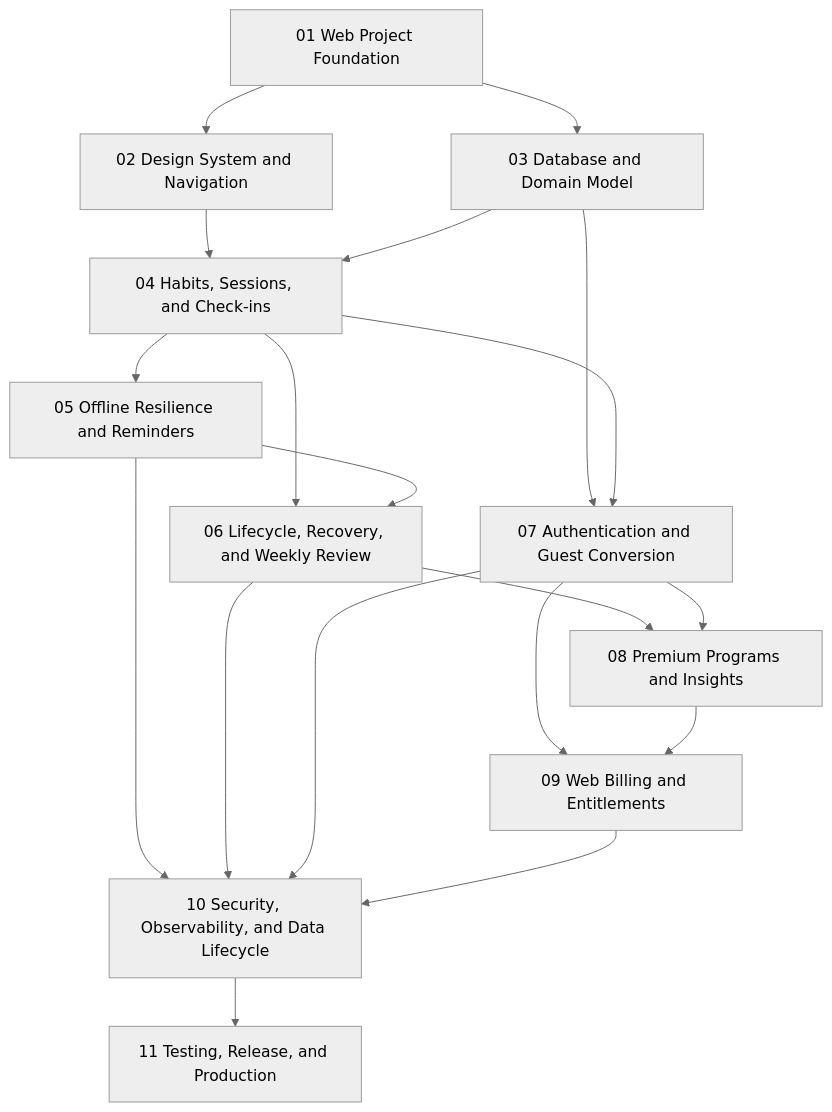
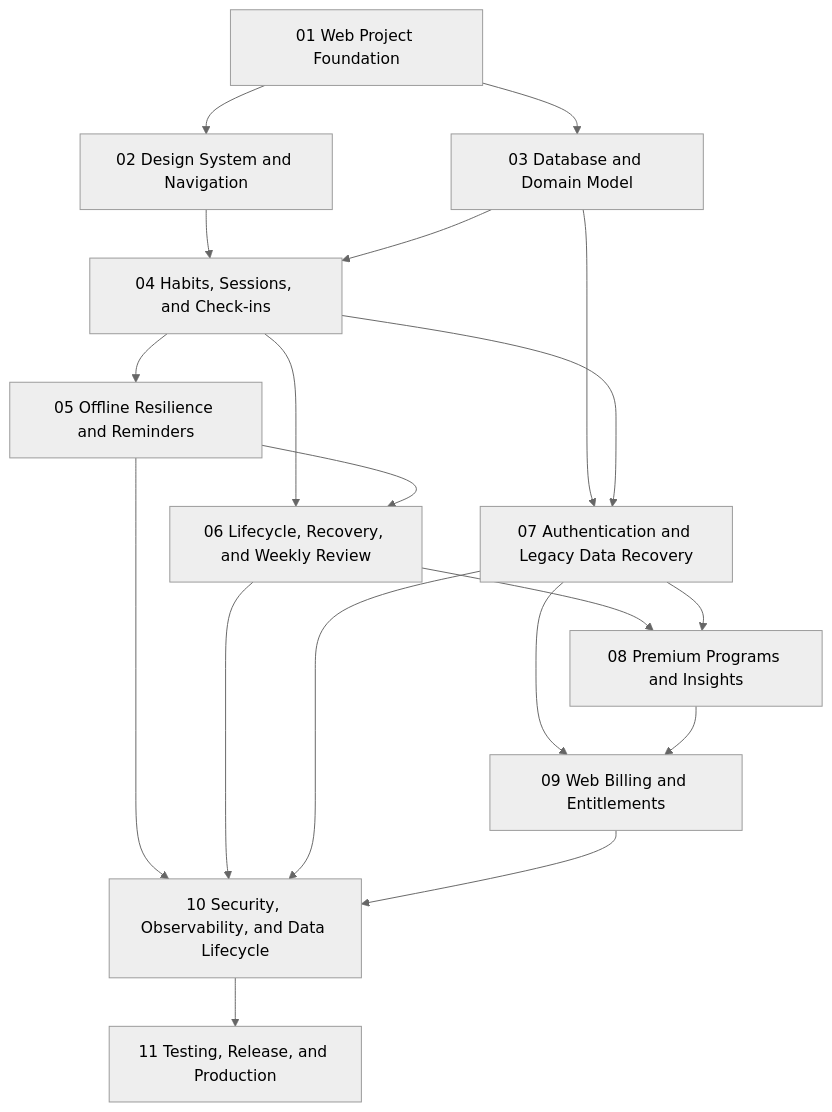
One commit to farzah14/recovery-first changed the diagram in docs/implementation/IMPLEMENTATION-PLAN.md. Above: the diagram before and after it, drawn with Mermaid (neutral theme). The commit also changed other lines of this file and 9 other files, not shown here.

````diff
--- a/docs/implementation/IMPLEMENTATION-PLAN.md
+++ b/docs/implementation/IMPLEMENTATION-PLAN.md
@@ -96,33 +96,33 @@
 ```mermaid
 flowchart TD
     P01[01 Web Project Foundation]
     P02[02 Design System and Navigation]
     P03[03 Database and Domain Model]
     P04[04 Habits, Sessions, and Check-ins]
     P05[05 Offline Resilience and Reminders]
     P06[06 Lifecycle, Recovery, and Weekly Review]
-    P07[07 Authentication and Guest Conversion]
+    P07[07 Authentication and Legacy Data Recovery]
     P08[08 Premium Programs and Insights]
     P09[09 Web Billing and Entitlements]
     P10[10 Security, Observability, and Data Lifecycle]
     P11[11 Testing, Release, and Production]
 
     P01 --> P02
     P01 --> P03
     P02 --> P04
     P03 --> P04
     P04 --> P05
     P04 --> P06
     P05 --> P06
     P03 --> P07
     P04 --> P07
     P06 --> P08
     P07 --> P08
     P07 --> P09
     P08 --> P09
     P05 --> P10
     P06 --> P10
     P07 --> P10
     P09 --> P10
     P10 --> P11
 ```
````
